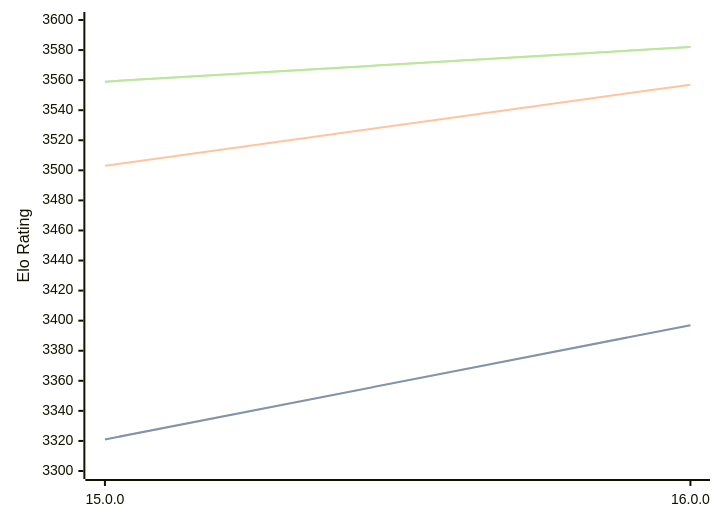
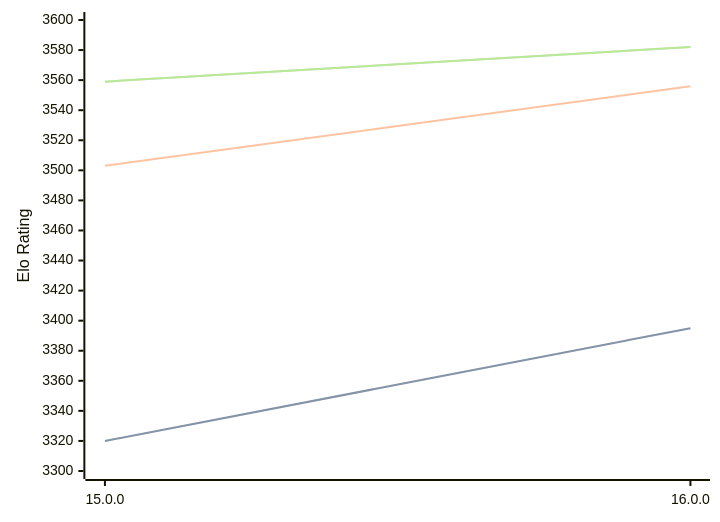
The diagram in engines/Halogen.md (computer-chess-index/cci), drawn with Mermaid before and after one commit. The commit also changed other lines of this file, not shown here.

Commit message:
Update CCI Ratings (ELO VLTC) - 2026-04-17

````diff
--- a/engines/Halogen.md
+++ b/engines/Halogen.md
@@ -50,11 +50,11 @@
 ```mermaid
 %%{init: {"theme":"base","themeVariables":{"seriesColors:['#a3a3a3','#222221','#faa371']}}}%%
 xychart-beta
   x-axis ["15.0.0", "16.0.0"]
   y-axis "Elo Rating" 3300 --> 3600
-  line "STC (8.0+0.08s)" [3321, 3397]
-  line "STC (8.0+0.08s)" [3321, 3397]
-  line "LTC (60.0+0.60s)" [3503, 3557]
+  line "STC (8.0+0.08s)" [3320, 3395]
+  line "STC (8.0+0.08s)" [3320, 3395]
+  line "LTC (60.0+0.60s)" [3503, 3556]
   line "VLTC (2m24s+1.12s)" [3559, 3582]
   line "VLTC (2m24s+1.12s)" [3559, 3582]
 ```
````
